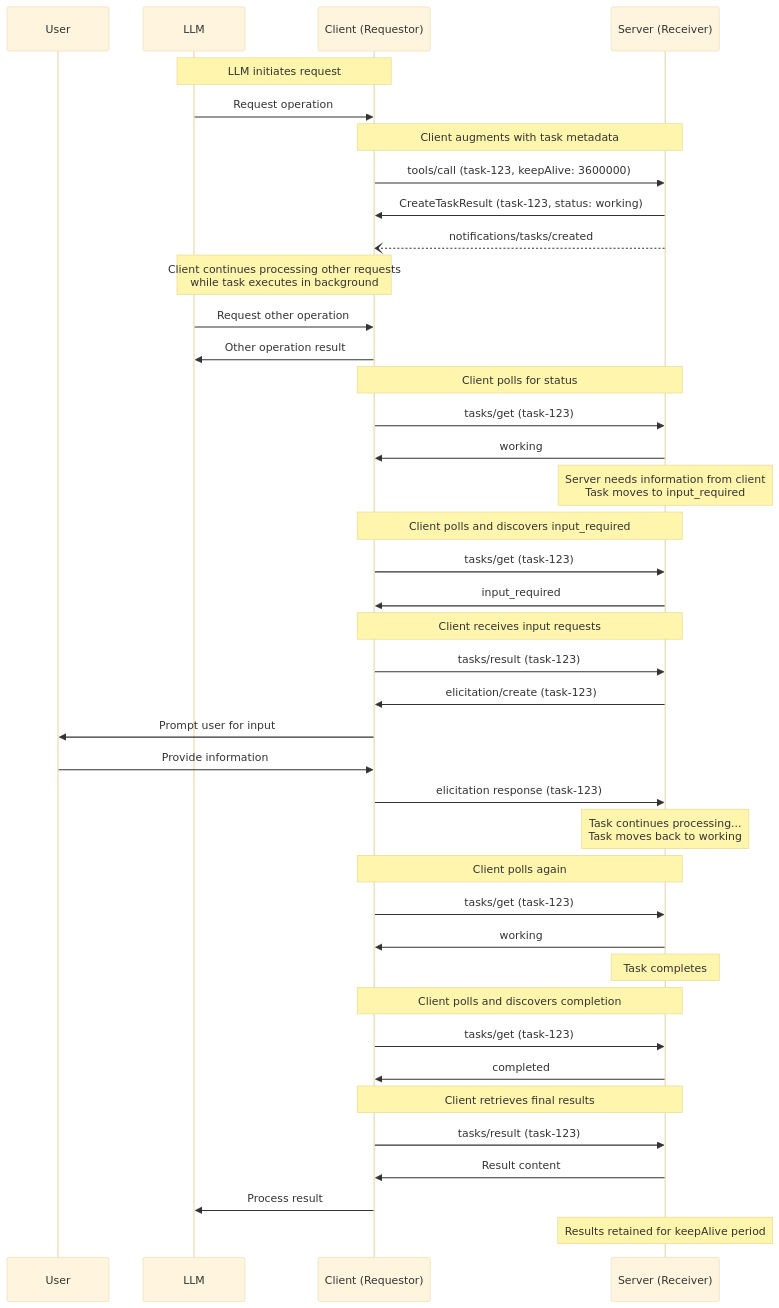
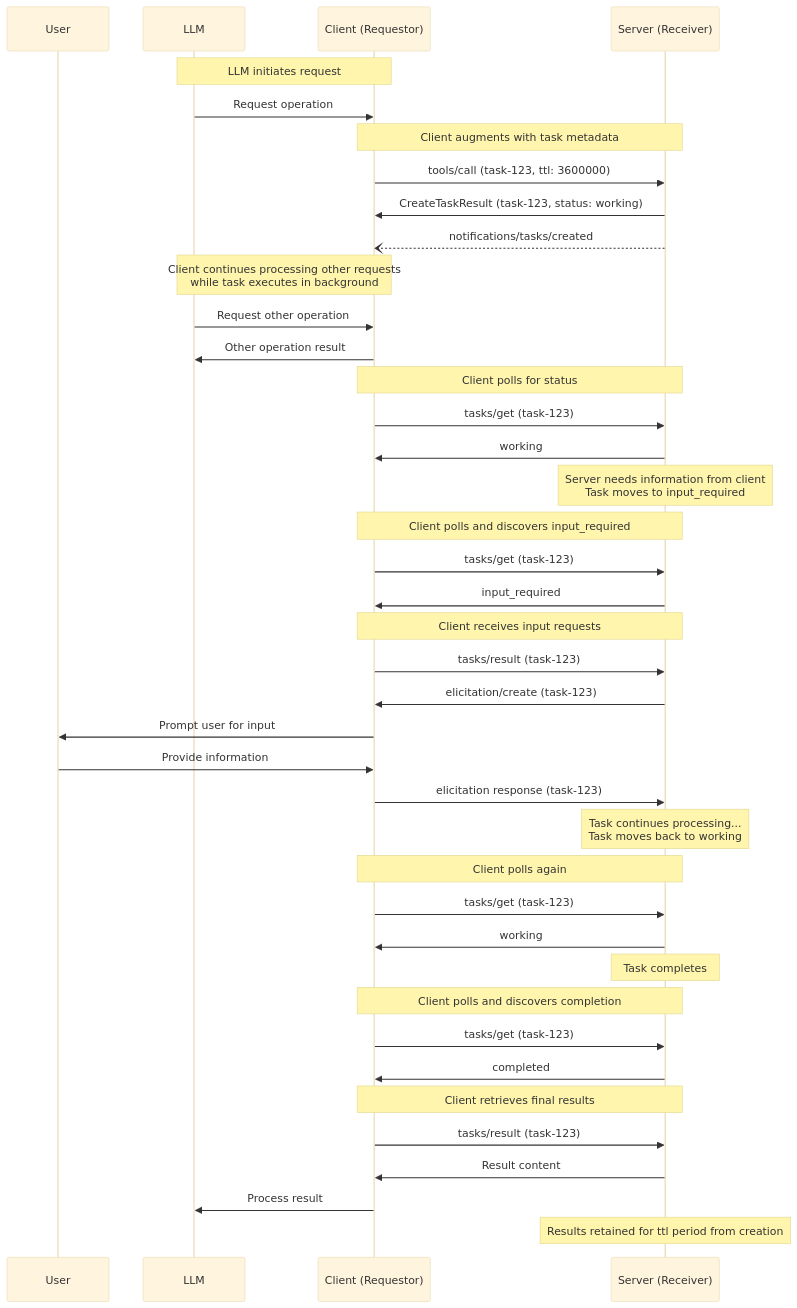
The third of 6 diagrams in docs/specification/draft/basic/utilities/tasks.mdx (scottslewis/modelcontextprotocol), drawn with Mermaid (base theme) before and after one commit. The commit also changed other lines of this file and 3 other files, not shown here.

````diff
--- a/docs/specification/draft/basic/utilities/tasks.mdx
+++ b/docs/specification/draft/basic/utilities/tasks.mdx
@@ -507,55 +512,55 @@
 ```mermaid
 sequenceDiagram
     participant U as User
     participant LLM
     participant C as Client (Requestor)
     participant S as Server (Receiver)
 
     Note over LLM,C: LLM initiates request
     LLM->>C: Request operation
 
     Note over C,S: Client augments with task metadata
-    C->>S: tools/call (task-123, keepAlive: 3600000)
+    C->>S: tools/call (task-123, ttl: 3600000)
     S->>C: CreateTaskResult (task-123, status: working)
     S--)C: notifications/tasks/created
 
     Note over LLM,C: Client continues processing other requests<br/>while task executes in background
     LLM->>C: Request other operation
     C->>LLM: Other operation result
 
     Note over C,S: Client polls for status
     C->>S: tasks/get (task-123)
     S->>C: working
 
     Note over S: Server needs information from client<br/>Task moves to input_required
 
     Note over C,S: Client polls and discovers input_required
     C->>S: tasks/get (task-123)
     S->>C: input_required
 
     Note over C,S: Client receives input requests
     C->>S: tasks/result (task-123)
     S->>C: elicitation/create (task-123)
     C->>U: Prompt user for input
     U->>C: Provide information
     C->>S: elicitation response (task-123)
 
     Note over S: Task continues processing...<br/>Task moves back to working
 
     Note over C,S: Client polls again
     C->>S: tasks/get (task-123)
     S->>C: working
 
     Note over S: Task completes
 
     Note over C,S: Client polls and discovers completion
     C->>S: tasks/get (task-123)
     S->>C: completed
 
     Note over C,S: Client retrieves final results
     C->>S: tasks/result (task-123)
     S->>C: Result content
     C->>LLM: Process result
 
-    Note over S: Results retained for keepAlive period
+    Note over S: Results retained for ttl period from creation
 ```
````
